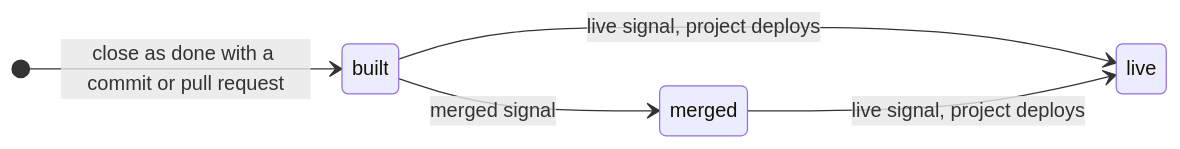
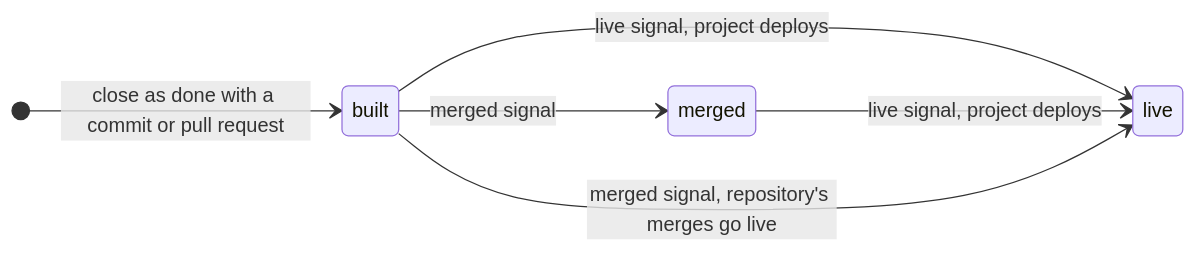
The third of 3 diagrams in spec/protocol.md (notice-cx/Ntasks), drawn with Mermaid before and after one commit. The commit also changed other lines of this file and 33 other files, not shown here.

Commit message:
feat: let a repository's merges count as live when it has no deploy (#208)

````diff
--- a/spec/protocol.md
+++ b/spec/protocol.md
@@ -786,8 +786,9 @@
 ```mermaid
 stateDiagram-v2
   direction LR
   [*] --> built: close as done with a commit or pull request
   built --> merged: merged signal
   built --> live: live signal, project deploys
   merged --> live: live signal, project deploys
+  built --> live: merged signal, repository's merges go live
 ```
````
